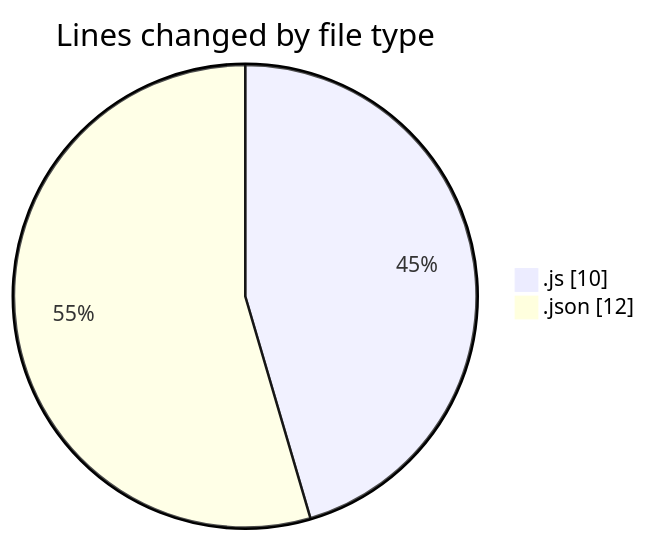
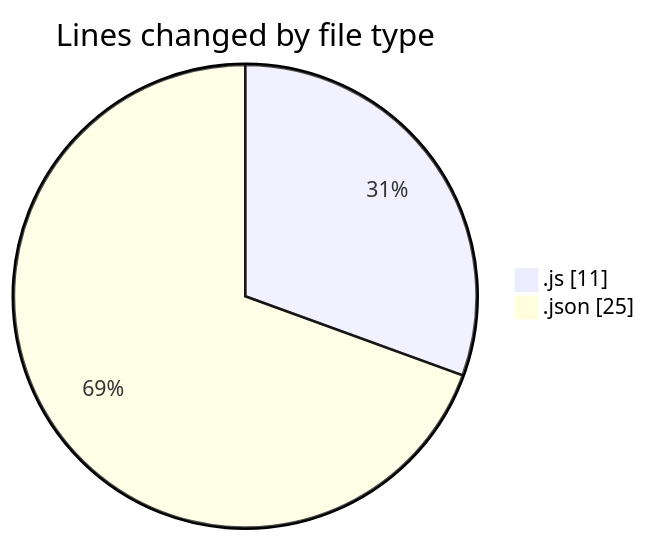
One commit to momahboobian/code-tracking changed the first of 2 diagrams in 2025-12-18/cda/README.md. Above: the diagram before and after it, drawn with Mermaid. The commit also changed other lines of this file and 1 other file, not shown here.

````diff
--- a/2025-12-18/cda/README.md
+++ b/2025-12-18/cda/README.md
@@ -22,6 +23,6 @@
 ```mermaid
 pie showData
 title Lines changed by file type
-".js" : 10
-".json" : 12
+".js" : 11
+".json" : 25
 ```
````
